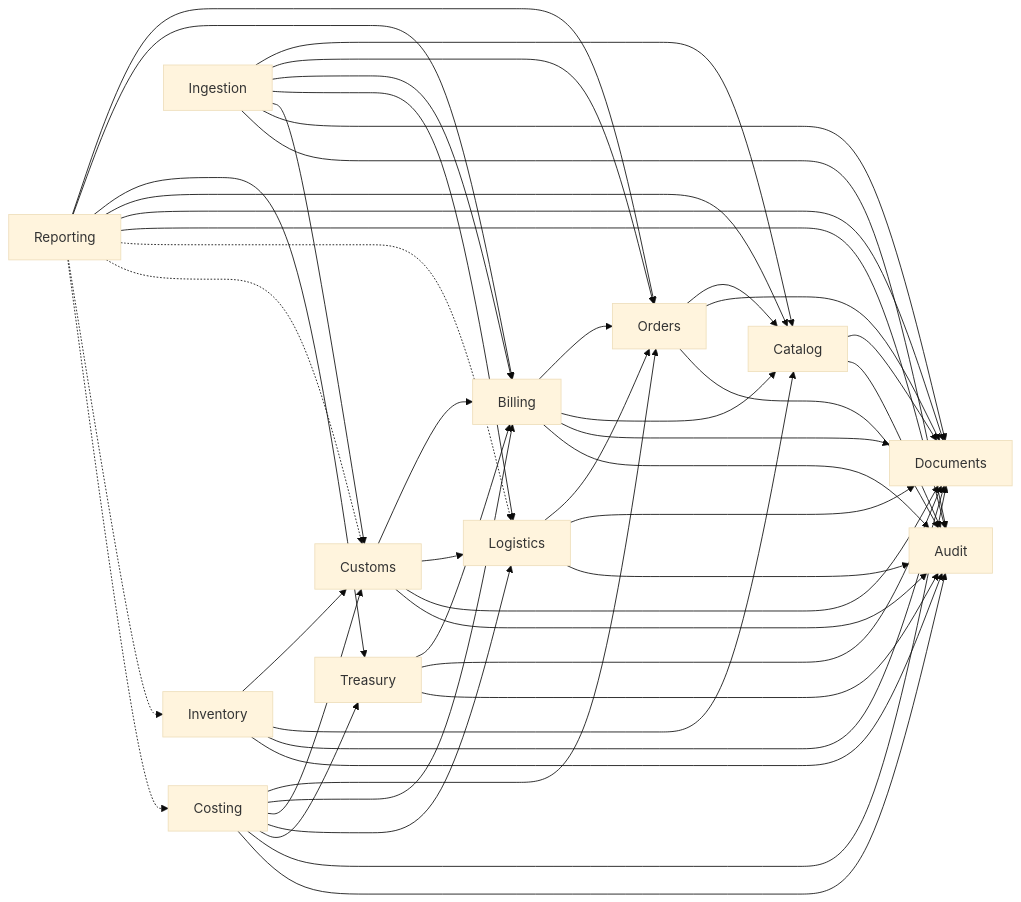
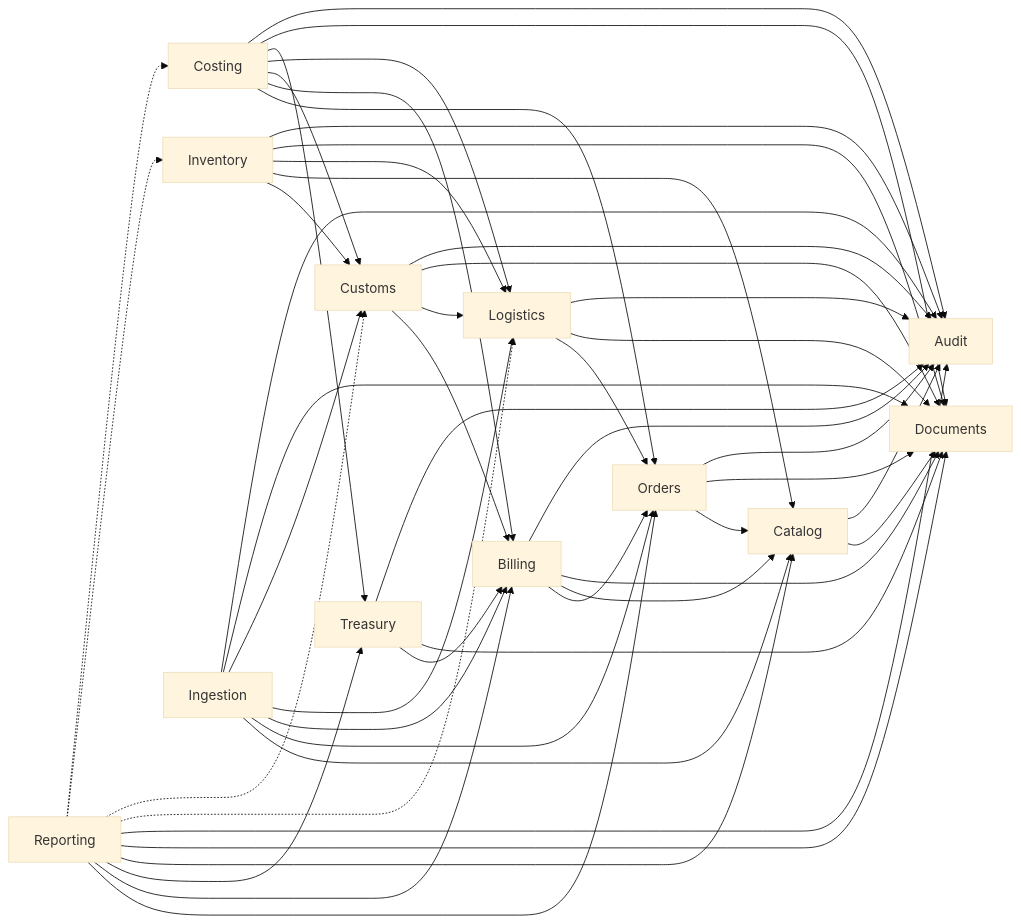
One commit to Kadorium/controle_heroes changed the diagram in docs/v2/BLUEPRINT_SISTEMA_EPIC_V2.md. Above: the diagram before and after it, drawn with Mermaid (base theme). The commit also changed other lines of this file and 479 other files, not shown here.

````diff
--- a/docs/v2/BLUEPRINT_SISTEMA_EPIC_V2.md
+++ b/docs/v2/BLUEPRINT_SISTEMA_EPIC_V2.md
@@ -519,50 +534,51 @@
 ```mermaid
 flowchart LR
   Catalog --> Documents
   Catalog --> Audit
   Orders --> Catalog
   Orders --> Documents
   Orders --> Audit
   Billing --> Orders
   Billing --> Catalog
   Billing --> Documents
   Billing --> Audit
   Treasury --> Billing
   Treasury --> Documents
   Treasury --> Audit
   Logistics --> Orders
   Logistics --> Documents
   Logistics --> Audit
   Customs --> Billing
   Customs --> Logistics
   Customs --> Documents
   Customs --> Audit
   Inventory --> Customs
   Inventory --> Catalog
+  Inventory --> Logistics
   Inventory --> Documents
   Inventory --> Audit
   Costing --> Orders
   Costing --> Billing
   Costing --> Customs
   Costing --> Logistics
   Costing --> Treasury
   Costing --> Documents
   Costing --> Audit
   Ingestion --> Catalog
   Ingestion --> Orders
   Ingestion --> Billing
   Ingestion --> Logistics
   Ingestion --> Customs
   Ingestion --> Documents
   Ingestion --> Audit
   Reporting --> Orders
   Reporting --> Billing
   Reporting --> Treasury
   Reporting --> Catalog
   Reporting --> Documents
   Reporting --> Audit
   Reporting -.-> Logistics
   Reporting -.-> Customs
   Reporting -.-> Inventory
   Reporting -.-> Costing
 ```
````
